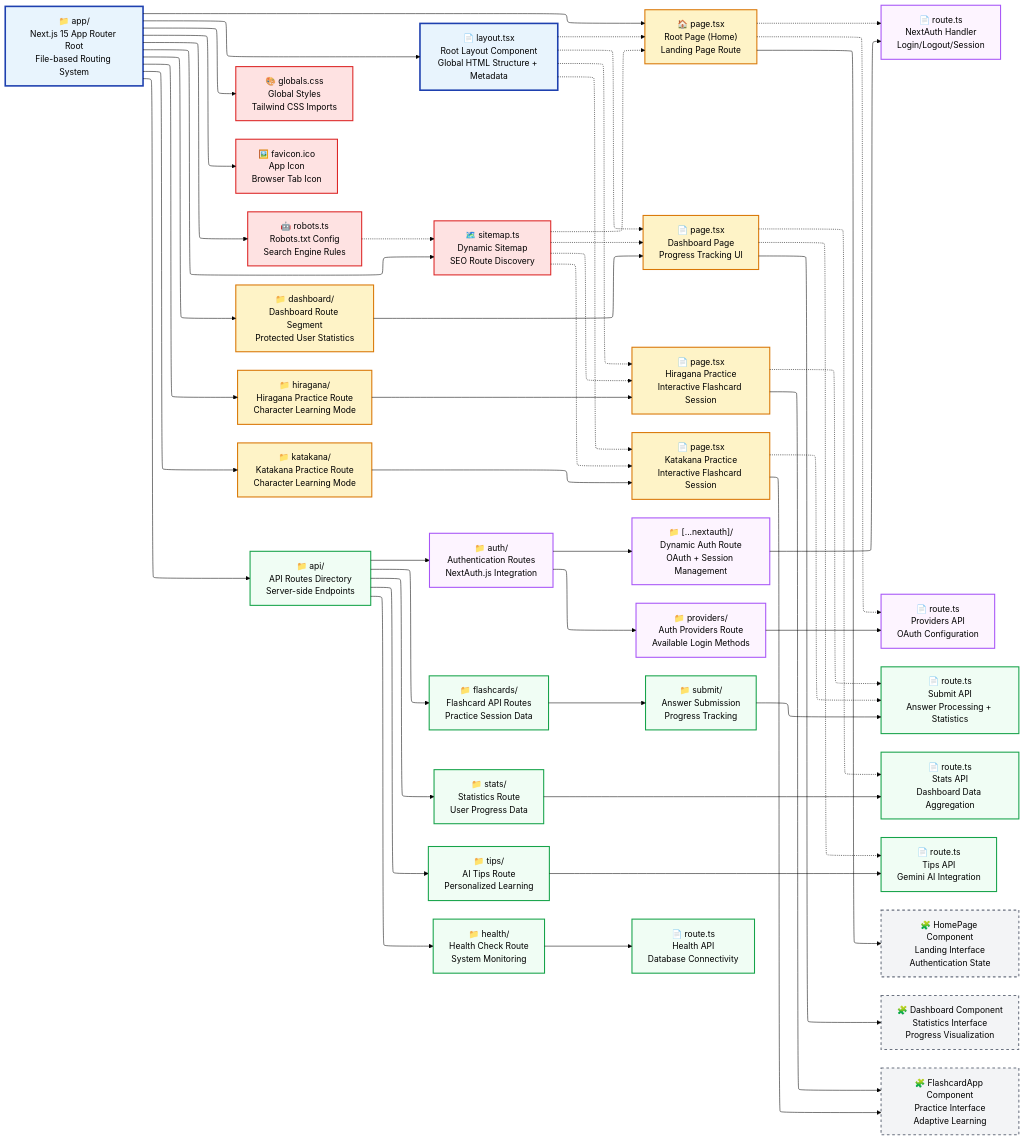
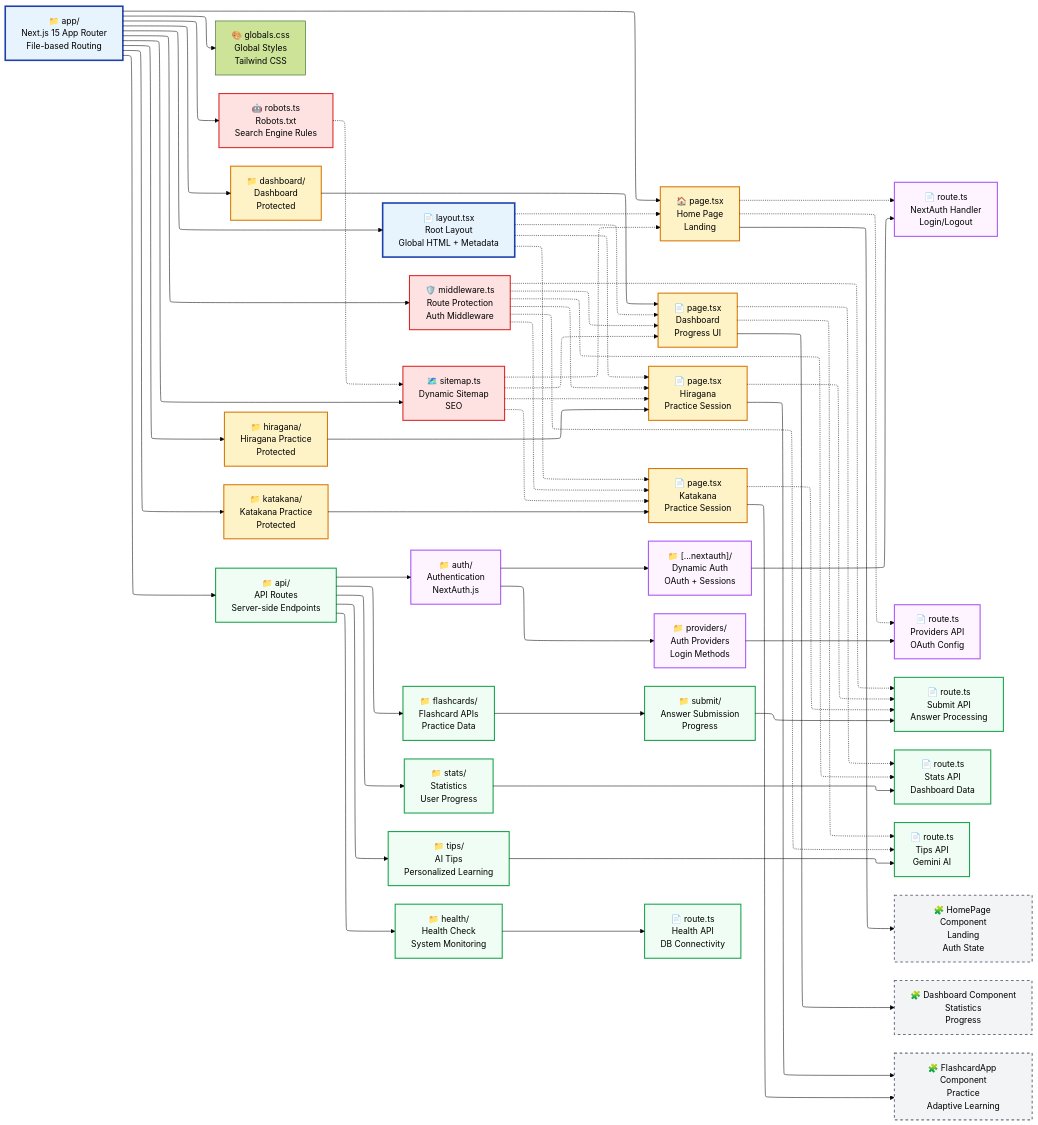
The diagram in docs/mermaid/app.mmd (sakan811/SakuMari), drawn with Mermaid before and after one commit. The commit also changed 6 other files, not shown here.

Commit message:
docs: update architecture documentation and diagrams

```diff
--- a/docs/mermaid/app.mmd
+++ b/docs/mermaid/app.mmd
@@ -1,95 +1,101 @@
 ---
 config:
   theme: 'forest'
   defaultRenderer: "elk"
   layout: elk
 ---
 flowchart LR
     %% Root App Structure
-    AppRoot["📁 app/<br/>Next.js 15 App Router Root<br/>File-based Routing System"]
-    
+    AppRoot["📁 app/<br/>Next.js 15 App Router<br/>File-based Routing"]
+
     %% Root Layout and Global Files
-    AppRoot --> RootLayout["📄 layout.tsx<br/>Root Layout Component<br/>Global HTML Structure + Metadata"]
-    AppRoot --> GlobalCSS["🎨 globals.css<br/>Global Styles<br/>Tailwind CSS Imports"]
-    AppRoot --> Favicon["🖼️ favicon.ico<br/>App Icon<br/>Browser Tab Icon"]
-    
-    %% SEO and Meta Files
-    AppRoot --> SitemapTS["🗺️ sitemap.ts<br/>Dynamic Sitemap<br/>SEO Route Discovery"]
-    AppRoot --> RobotsTS["🤖 robots.ts<br/>Robots.txt Config<br/>Search Engine Rules"]
-    
-    %% Page Routes (Direct Children)
-    AppRoot --> HomePage["🏠 page.tsx<br/>Root Page (Home)<br/>Landing Page Route"]
-    AppRoot --> DashboardDir["📁 dashboard/<br/>Dashboard Route Segment<br/>Protected User Statistics"]
-    AppRoot --> HiraganaDir["📁 hiragana/<br/>Hiragana Practice Route<br/>Character Learning Mode"]
-    AppRoot --> KatakanaDir["📁 katakana/<br/>Katakana Practice Route<br/>Character Learning Mode"]
-    
+    AppRoot --> RootLayout["📄 layout.tsx<br/>Root Layout<br/>Global HTML + Metadata"]
+    AppRoot --> GlobalCSS["🎨 globals.css<br/>Global Styles<br/>Tailwind CSS"]
+    AppRoot --> Middleware["🛡️ middleware.ts<br/>Route Protection<br/>Auth Middleware"]
+    AppRoot --> SitemapTS["🗺️ sitemap.ts<br/>Dynamic Sitemap<br/>SEO"]
+    AppRoot --> RobotsTS["🤖 robots.ts<br/>Robots.txt<br/>Search Engine Rules"]
+
+    %% Page Routes
+    AppRoot --> HomePage["🏠 page.tsx<br/>Home Page<br/>Landing"]
+    AppRoot --> DashboardDir["📁 dashboard/<br/>Dashboard<br/>Protected"]
+    AppRoot --> HiraganaDir["📁 hiragana/<br/>Hiragana Practice<br/>Protected"]
+    AppRoot --> KatakanaDir["📁 katakana/<br/>Katakana Practice<br/>Protected"]
+
     %% Page Route Files
-    DashboardDir --> DashboardPage["📄 page.tsx<br/>Dashboard Page<br/>Progress Tracking UI"]
-    HiraganaDir --> HiraganaPage["📄 page.tsx<br/>Hiragana Practice<br/>Interactive Flashcard Session"]
-    KatakanaDir --> KatakanaPage["📄 page.tsx<br/>Katakana Practice<br/>Interactive Flashcard Session"]
-    
+    DashboardDir --> DashboardPage["📄 page.tsx<br/>Dashboard<br/>Progress UI"]
+    HiraganaDir --> HiraganaPage["📄 page.tsx<br/>Hiragana<br/>Practice Session"]
+    KatakanaDir --> KatakanaPage["📄 page.tsx<br/>Katakana<br/>Practice Session"]
+
     %% API Routes Structure
-    AppRoot --> APIRoot["📁 api/<br/>API Routes Directory<br/>Server-side Endpoints"]
-    
+    AppRoot --> APIRoot["📁 api/<br/>API Routes<br/>Server-side Endpoints"]
+
     %% Authentication API Routes
-    APIRoot --> AuthDir["📁 auth/<br/>Authentication Routes<br/>NextAuth.js Integration"]
-    AuthDir --> NextAuthRoute["📁 [...nextauth]/<br/>Dynamic Auth Route<br/>OAuth + Session Management"]
-    NextAuthRoute --> NextAuthFile["📄 route.ts<br/>NextAuth Handler<br/>Login/Logout/Session"]
-    AuthDir --> ProvidersRoute["📁 providers/<br/>Auth Providers Route<br/>Available Login Methods"]
-    ProvidersRoute --> ProvidersFile["📄 route.ts<br/>Providers API<br/>OAuth Configuration"]
-    
+    APIRoot --> AuthDir["📁 auth/<br/>Authentication<br/>NextAuth.js"]
+    AuthDir --> NextAuthRoute["📁 [...nextauth]/<br/>Dynamic Auth<br/>OAuth + Sessions"]
+    NextAuthRoute --> NextAuthFile["📄 route.ts<br/>NextAuth Handler<br/>Login/Logout"]
+    AuthDir --> ProvidersRoute["📁 providers/<br/>Auth Providers<br/>Login Methods"]
+    ProvidersRoute --> ProvidersFile["📄 route.ts<br/>Providers API<br/>OAuth Config"]
+
     %% Application API Routes
-    APIRoot --> FlashcardsDir["📁 flashcards/<br/>Flashcard API Routes<br/>Practice Session Data"]
-    FlashcardsDir --> SubmitDir["📁 submit/<br/>Answer Submission<br/>Progress Tracking"]
-    SubmitDir --> SubmitFile["📄 route.ts<br/>Submit API<br/>Answer Processing + Statistics"]
-    
-    APIRoot --> StatsDir["📁 stats/<br/>Statistics Route<br/>User Progress Data"]
-    StatsDir --> StatsFile["📄 route.ts<br/>Stats API<br/>Dashboard Data Aggregation"]
-    
-    APIRoot --> TipsDir["📁 tips/<br/>AI Tips Route<br/>Personalized Learning"]
-    TipsDir --> TipsFile["📄 route.ts<br/>Tips API<br/>Gemini AI Integration"]
-    
-    APIRoot --> HealthDir["📁 health/<br/>Health Check Route<br/>System Monitoring"]
-    HealthDir --> HealthFile["📄 route.ts<br/>Health API<br/>Database Connectivity"]
-    
+    APIRoot --> FlashcardsDir["📁 flashcards/<br/>Flashcard APIs<br/>Practice Data"]
+    FlashcardsDir --> SubmitDir["📁 submit/<br/>Answer Submission<br/>Progress"]
+    SubmitDir --> SubmitFile["📄 route.ts<br/>Submit API<br/>Answer Processing"]
+
+    APIRoot --> StatsDir["📁 stats/<br/>Statistics<br/>User Progress"]
+    StatsDir --> StatsFile["📄 route.ts<br/>Stats API<br/>Dashboard Data"]
+
+    APIRoot --> TipsDir["📁 tips/<br/>AI Tips<br/>Personalized Learning"]
+    TipsDir --> TipsFile["📄 route.ts<br/>Tips API<br/>Gemini AI"]
+
+    APIRoot --> HealthDir["📁 health/<br/>Health Check<br/>System Monitoring"]
+    HealthDir --> HealthFile["📄 route.ts<br/>Health API<br/>DB Connectivity"]
+
+    %% Middleware Protection Flow
+    Middleware -.-> DashboardPage
+    Middleware -.-> HiraganaPage
+    Middleware -.-> KatakanaPage
+    Middleware -.-> SubmitFile
+    Middleware -.-> StatsFile
+    Middleware -.-> TipsFile
+
     %% Layout Inheritance Flow
     RootLayout -.-> HomePage
     RootLayout -.-> DashboardPage
     RootLayout -.-> HiraganaPage
     RootLayout -.-> KatakanaPage
-    
+
     %% API Route Usage by Pages
     HomePage -.-> NextAuthFile
     HomePage -.-> ProvidersFile
     DashboardPage -.-> StatsFile
     DashboardPage -.-> TipsFile
     HiraganaPage -.-> SubmitFile
     KatakanaPage -.-> SubmitFile
-    
+
     %% Metadata and SEO Integration
     SitemapTS -.-> HomePage
     SitemapTS -.-> DashboardPage
     SitemapTS -.-> HiraganaPage
     SitemapTS -.-> KatakanaPage
     RobotsTS -.-> SitemapTS
-    
+
     %% Component Integration
-    HomePage --> HomePageComponent["🧩 HomePage Component<br/>Landing Interface<br/>Authentication State"]
-    DashboardPage --> DashboardComponent["🧩 Dashboard Component<br/>Statistics Interface<br/>Progress Visualization"]
-    HiraganaPage --> FlashcardAppComponent["🧩 FlashcardApp Component<br/>Practice Interface<br/>Adaptive Learning"]
+    HomePage --> HomePageComponent["🧩 HomePage Component<br/>Landing<br/>Auth State"]
+    DashboardPage --> DashboardComponent["🧩 Dashboard Component<br/>Statistics<br/>Progress"]
+    HiraganaPage --> FlashcardAppComponent["🧩 FlashcardApp Component<br/>Practice<br/>Adaptive Learning"]
     KatakanaPage --> FlashcardAppComponent
-    
+
     %% Styling
     classDef rootStructure fill:#e8f4fd,stroke:#1e40af,stroke-width:3px
     classDef pageRoute fill:#fef3c7,stroke:#d97706,stroke-width:2px
     classDef apiRoute fill:#f0fdf4,stroke:#16a34a,stroke-width:2px
     classDef authRoute fill:#fdf4ff,stroke:#a855f7,stroke-width:2px
     classDef globalFile fill:#fee2e2,stroke:#dc2626,stroke-width:2px
     classDef component fill:#f3f4f6,stroke:#6b7280,stroke-width:2px,stroke-dasharray: 5 5
-    
+
     class AppRoot,RootLayout rootStructure
     class HomePage,DashboardDir,DashboardPage,HiraganaDir,HiraganaPage,KatakanaDir,KatakanaPage pageRoute
     class APIRoot,FlashcardsDir,SubmitDir,SubmitFile,StatsDir,StatsFile,TipsDir,TipsFile,HealthDir,HealthFile apiRoute
     class AuthDir,NextAuthRoute,NextAuthFile,ProvidersRoute,ProvidersFile authRoute
-    class GlobalCSS,Favicon,SitemapTS,RobotsTS globalFile
+    class SitemapTS,RobotsTS,Middleware globalFile
     class HomePageComponent,DashboardComponent,FlashcardAppComponent component
```
